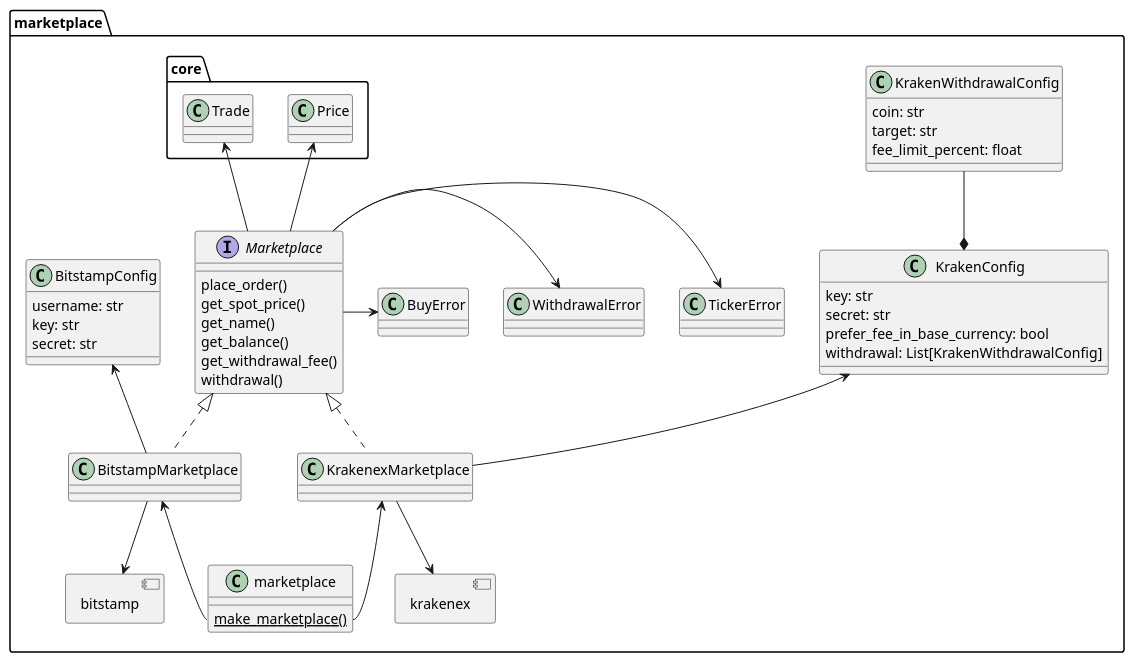
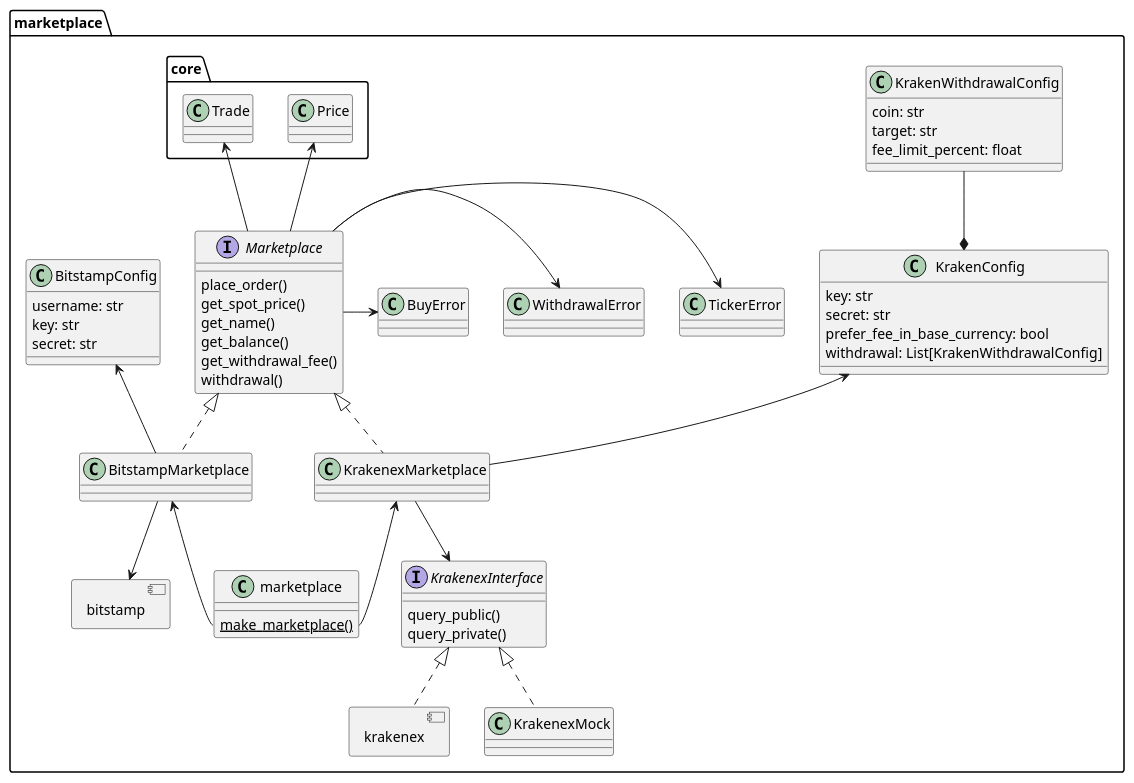
Before and after one commit to martin-ueding/vigilant-crypto-snatch: the diagram in docs/dev/graphs/marketplace.puml, drawn with PlantUML.

Commit message:
Add another layer in UML diagram

```diff
--- a/docs/dev/graphs/marketplace.puml
+++ b/docs/dev/graphs/marketplace.puml
@@ -1,69 +1,79 @@
 @startuml
 
 allowmixing
 
 namespace marketplace {
     component bitstamp
     component krakenex
 
 interface Marketplace {
     place_order()
     get_spot_price()
     get_name()
     get_balance()
     get_withdrawal_fee()
     withdrawal()
 }
 
 class BuyError
 class TickerError
 class WithdrawalError
 
 Marketplace -> BuyError
 Marketplace -> TickerError
 Marketplace -> WithdrawalError
 
 core.Price <-- Marketplace
 core.Trade <-- Marketplace
 
 class KrakenexMarketplace implements Marketplace
-KrakenexMarketplace --> krakenex
 
 class BitstampMarketplace implements Marketplace
 BitstampMarketplace --> bitstamp
 
 class marketplace {
 {static} make_marketplace()
 }
 
 KrakenexMarketplace <-- marketplace::make_marketplace
 BitstampMarketplace <-- marketplace::make_marketplace
 
 class KrakenWithdrawalConfig {
     coin: str
     target: str
     fee_limit_percent: float
 }
 
 class KrakenConfig {
     key: str
     secret: str
     prefer_fee_in_base_currency: bool
     withdrawal: List[KrakenWithdrawalConfig]
 }
 
 KrakenWithdrawalConfig --* KrakenConfig
 
 KrakenConfig <-- KrakenexMarketplace
 
 class BitstampConfig {
     username: str
     key: str
     secret: str
 }
 
 BitstampConfig <-- BitstampMarketplace
 
+interface KrakenexInterface {
+    query_public()
+    query_private()
+}
+
+class KrakenexMock implements KrakenexInterface
+
+KrakenexMarketplace --> KrakenexInterface
+
+KrakenexInterface <|.. krakenex
+
 }
 
 @enduml
```
